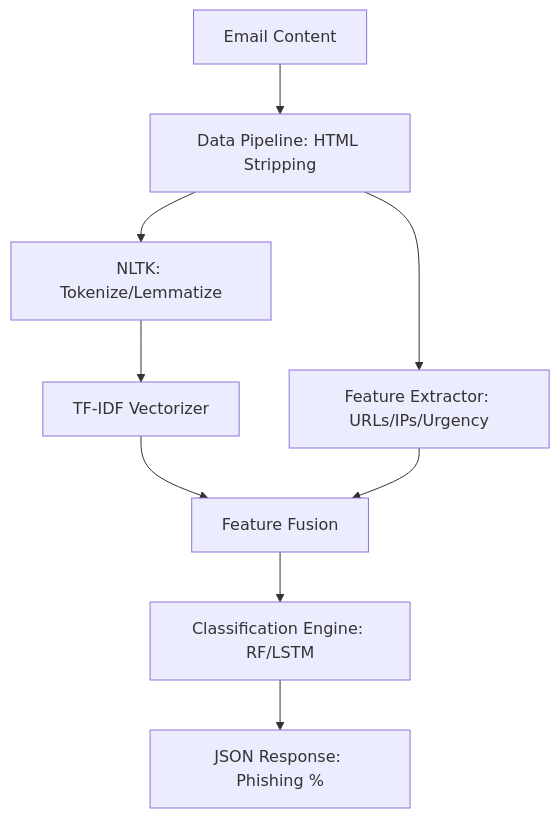
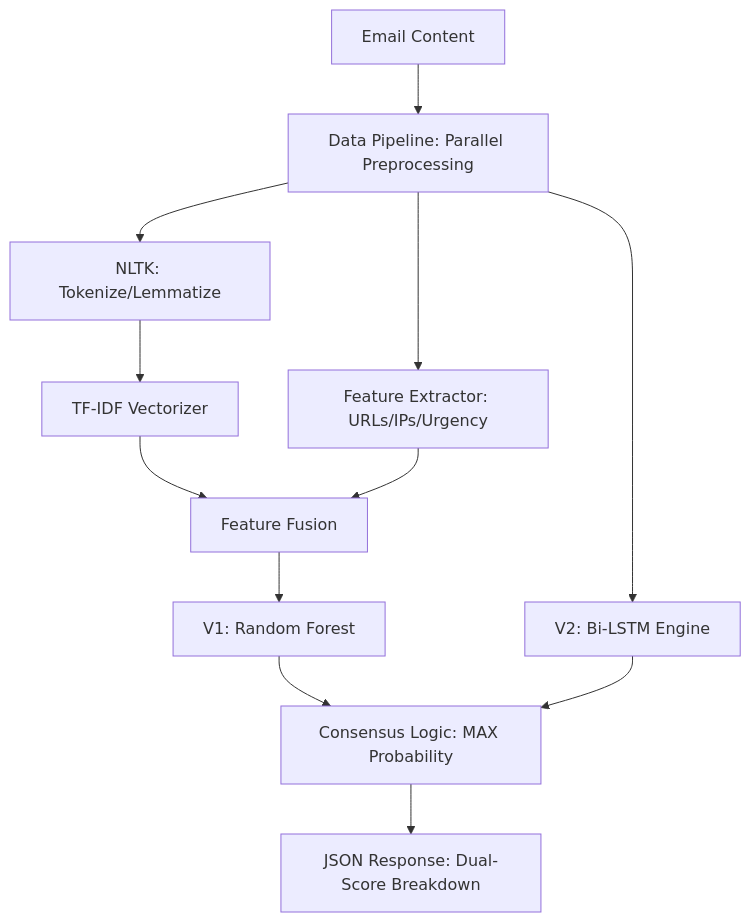
One commit to Ashishparmar265/Phishing-Email-Detection-Framework-using-NLP changed the diagram in docs/architecture.md. Above: the diagram before and after it, drawn with Mermaid. The commit also changed other lines of this file and 8 other files, not shown here.

Commit message:
Finalize Phase 5, 6, and 7: Integrated Bi-LSTM Consensus Engine and optimized preprocessing

````diff
--- a/docs/architecture.md
+++ b/docs/architecture.md
@@ -34,11 +47,14 @@
 ```mermaid
 graph TD
-    Input[Email Content] --> Clean[Data Pipeline: HTML Stripping]
+    Input[Email Content] --> Clean[Data Pipeline: Parallel Preprocessing]
     Clean --> NLP[NLTK: Tokenize/Lemmatize]
     Clean --> Feat[Feature Extractor: URLs/IPs/Urgency]
     NLP --> Vector[TF-IDF Vectorizer]
     Vector --> Concat[Feature Fusion]
     Feat --> Concat
-    Concat --> Model[Classification Engine: RF/LSTM]
-    Model --> Output[JSON Response: Phishing %]
+    Concat --> ModelRF[V1: Random Forest]
+    Clean --> ModelLSTM[V2: Bi-LSTM Engine]
+    ModelRF --> Consensus[Consensus Logic: MAX Probability]
+    ModelLSTM --> Consensus
+    Consensus --> Output[JSON Response: Dual-Score Breakdown]
 ```
````
